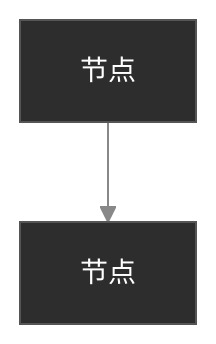
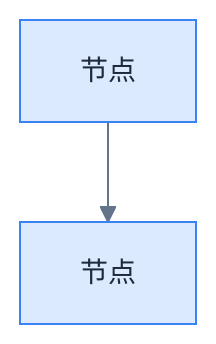
One commit to linqibin0826/patra changed the ninth of 15 diagrams in patra-api/docs/.claude/memories/mermaid.md. Above: the diagram before and after it, drawn with Mermaid. The commit also changed other lines of this file and 1 other file, not shown here.

First line of the commit message:
docs(memories): 优化图表规范颜色为浅色模式友好的 Tailwind 调色板

````diff
--- a/patra-api/docs/.claude/memories/mermaid.md
+++ b/patra-api/docs/.claude/memories/mermaid.md
@@ -244,17 +244,17 @@
 ```mermaid
 %%{init: {
   'theme': 'base',
   'themeVariables': {
-    'primaryColor': '#2d2d2d',
-    'primaryTextColor': '#ffffff',
-    'primaryBorderColor': '#555555',
-    'lineColor': '#888888',
-    'secondaryColor': '#404040',
-    'tertiaryColor': '#606060',
-    'edgeLabelBackground': '#333333',
+    'primaryColor': '#dbeafe',
+    'primaryTextColor': '#1e293b',
+    'primaryBorderColor': '#3b82f6',
+    'lineColor': '#64748b',
+    'secondaryColor': '#f1f5f9',
+    'tertiaryColor': '#e2e8f0',
+    'edgeLabelBackground': '#f1f5f9',
     'fontSize': '14px'
   }
 }}%%
 flowchart TD
     A[节点] --> B[节点]
 ```
````
